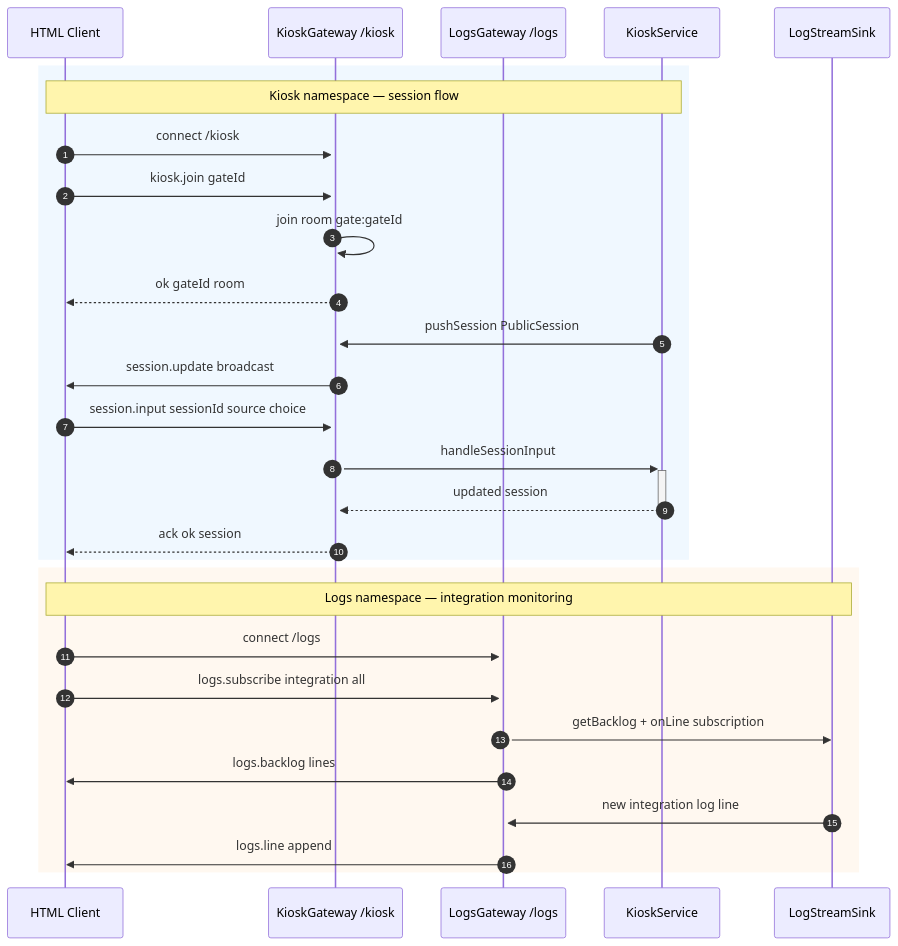
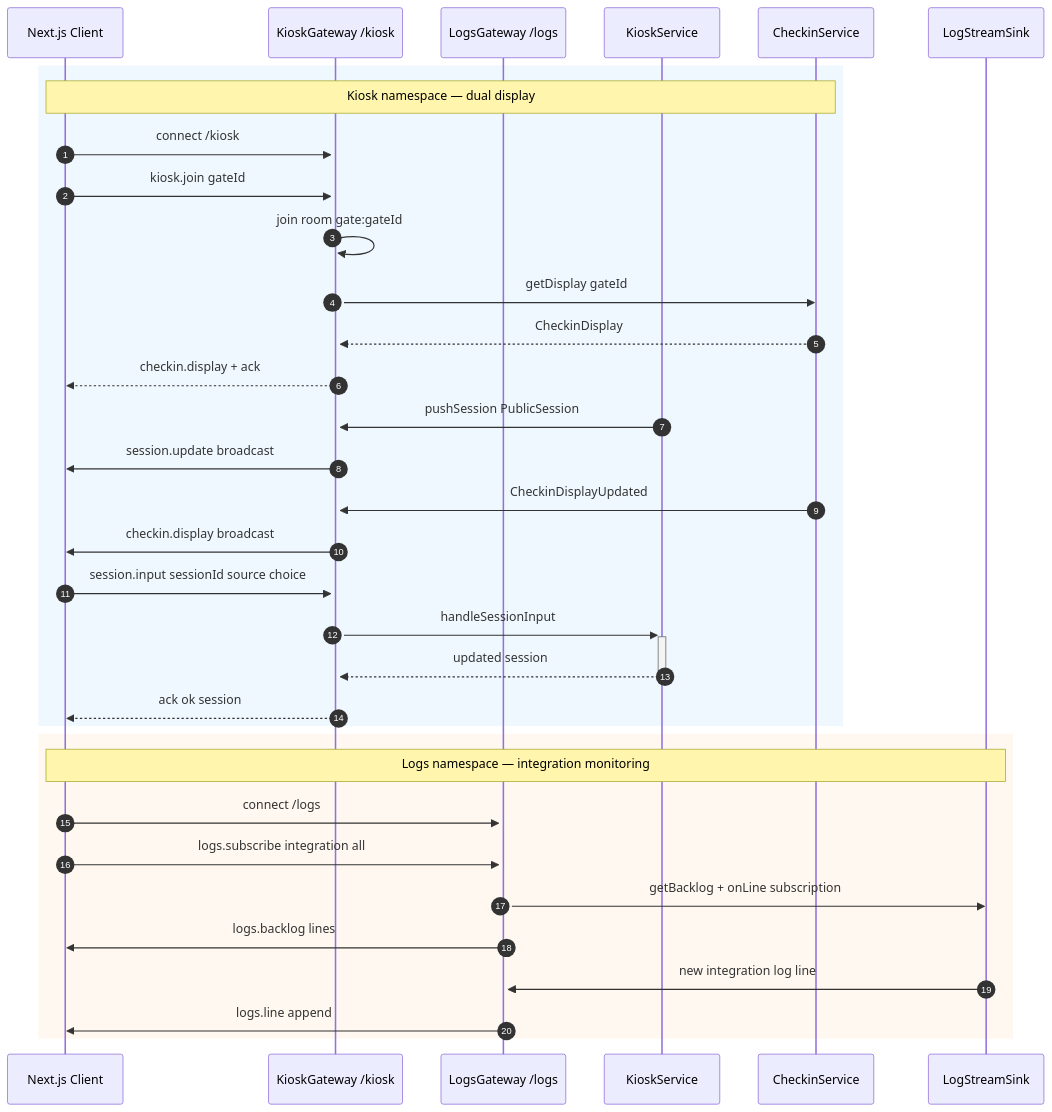
The diagram in docs/client/diagrams/08-socket-html-backend.mmd (MahmoudMater/Toyota-Smart-System), drawn with Mermaid before and after one commit. The commit also changed 52 other files, not shown here.

```diff
--- a/docs/client/diagrams/08-socket-html-backend.mmd
+++ b/docs/client/diagrams/08-socket-html-backend.mmd
@@ -1,34 +1,40 @@
 sequenceDiagram
     autonumber
-    participant Browser as HTML Client
+    participant Browser as Next.js Client
     participant KGW as KioskGateway /kiosk
     participant LGW as LogsGateway /logs
     participant KS as KioskService
+    participant CS as CheckinService
     participant LS as LogStreamSink
 
     rect rgb(240, 248, 255)
-        Note over Browser,KS: Kiosk namespace — session flow
+        Note over Browser,CS: Kiosk namespace — dual display
         Browser->>+KGW: connect /kiosk
         Browser->>KGW: kiosk.join gateId
         KGW->>KGW: join room gate:gateId
-        KGW-->>Browser: ok gateId room
+        KGW->>CS: getDisplay gateId
+        CS-->>KGW: CheckinDisplay
+        KGW-->>Browser: checkin.display + ack
 
         KS->>KGW: pushSession PublicSession
         KGW->>Browser: session.update broadcast
+
+        CS->>KGW: CheckinDisplayUpdated
+        KGW->>Browser: checkin.display broadcast
 
         Browser->>KGW: session.input sessionId source choice
         KGW->>+KS: handleSessionInput
         KS-->>-KGW: updated session
         KGW-->>Browser: ack ok session
     end
 
     rect rgb(255, 248, 240)
         Note over Browser,LS: Logs namespace — integration monitoring
         Browser->>+LGW: connect /logs
         Browser->>LGW: logs.subscribe integration all
         LGW->>LS: getBacklog + onLine subscription
         LGW->>Browser: logs.backlog lines
 
         LS->>LGW: new integration log line
         LGW->>Browser: logs.line append
     end
```
